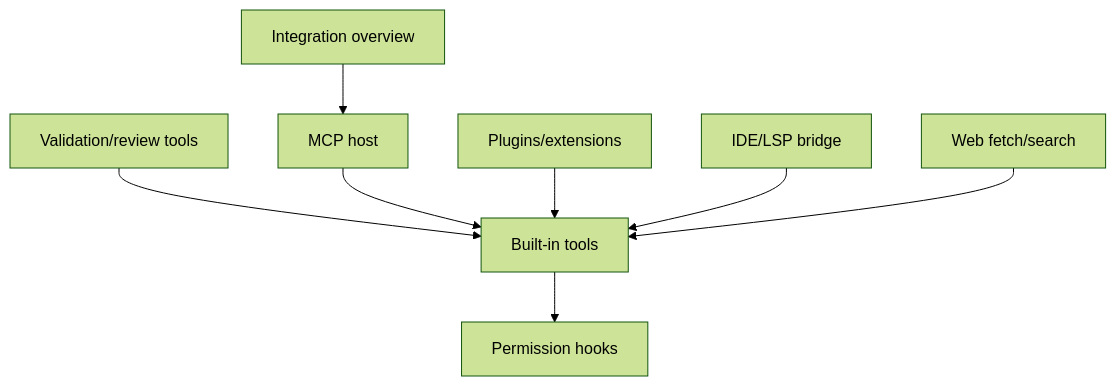
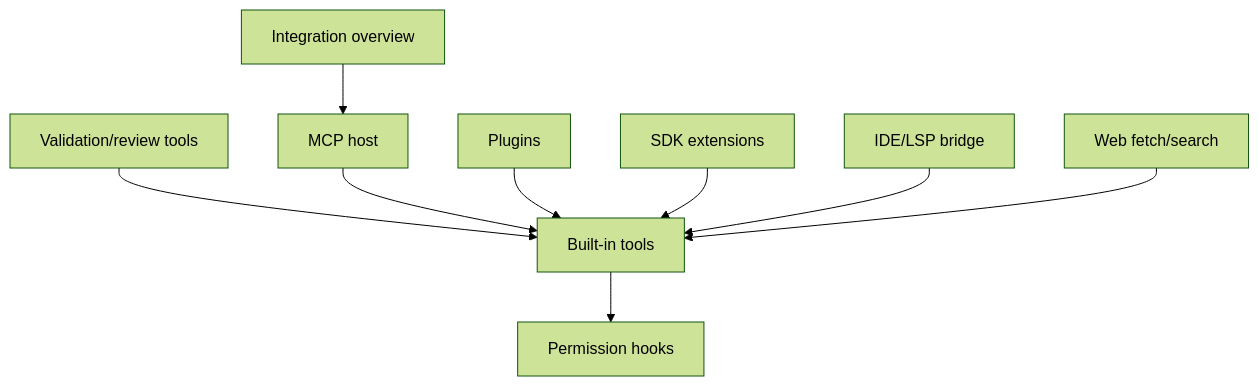
Before and after one commit to vibewatch/copilot-cli-internals: the diagram in docs/04-tools-and-integrations/README.md, drawn with Mermaid (forest theme). The commit also changed other lines of this file and 5 other files, not shown here.

Commit message:
feat: add documentation for Copilot SDK extension support and update related references

````diff
--- a/docs/04-tools-and-integrations/README.md
+++ b/docs/04-tools-and-integrations/README.md
@@ -18,19 +18,21 @@
 ```mermaid
 flowchart TD
     Tools[Built-in tools] --> Permissions[Permission hooks]
     Validation[Validation/review tools] --> Tools
     MCP[MCP host] --> Tools
-    Plugins[Plugins/extensions] --> Tools
+    Plugins[Plugins] --> Tools
+    SDK[SDK extensions] --> Tools
     IDE[IDE/LSP bridge] --> Tools
     Web[Web fetch/search] --> Tools
     Overview[Integration overview] --> MCP
 
     click Tools "./built-in-tool-execution-pipeline/" "Open built-in tool execution pipeline"
     click Permissions "../05-security-and-policy/permission-system-design/" "Open permission system design"
     click Validation "./coding-agent-validation-toolchain/" "Open validation and review toolchain"
     click MCP "./mcp-support-implementation/" "Open MCP support"
-    click Plugins "./plugin-extension-architecture/" "Open plugin and extension architecture"
+    click Plugins "./plugin-extension-architecture/" "Open plugin architecture"
+    click SDK "./copilot-sdk-extension-support/" "Open Copilot SDK extension support"
     click IDE "./ide-lsp-editor-integration/" "Open IDE and LSP integration"
     click Web "./web-search-url-fetching/" "Open web search and URL fetching"
     click Overview "./integrations-permissions-config/" "Open integration overview"
 ```
````
